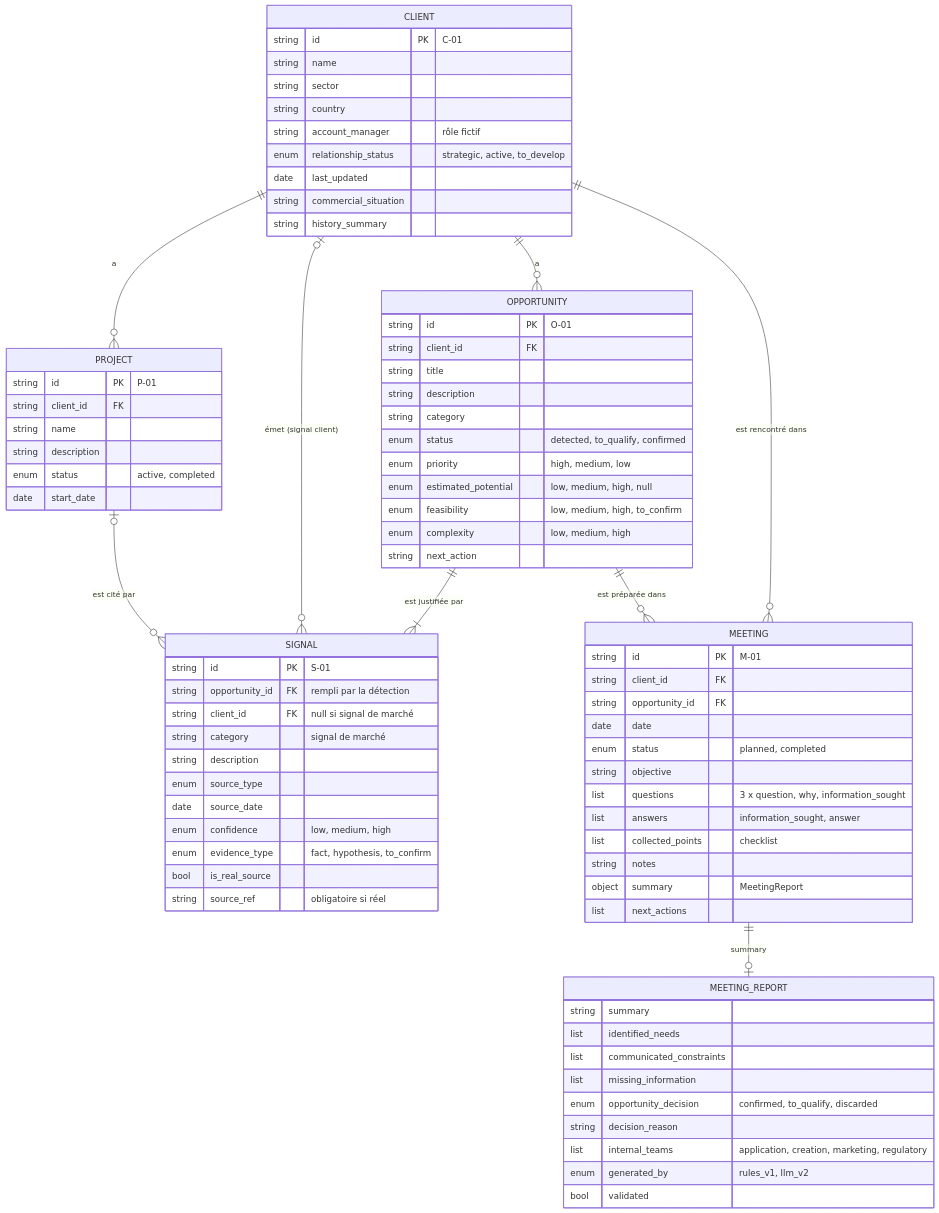
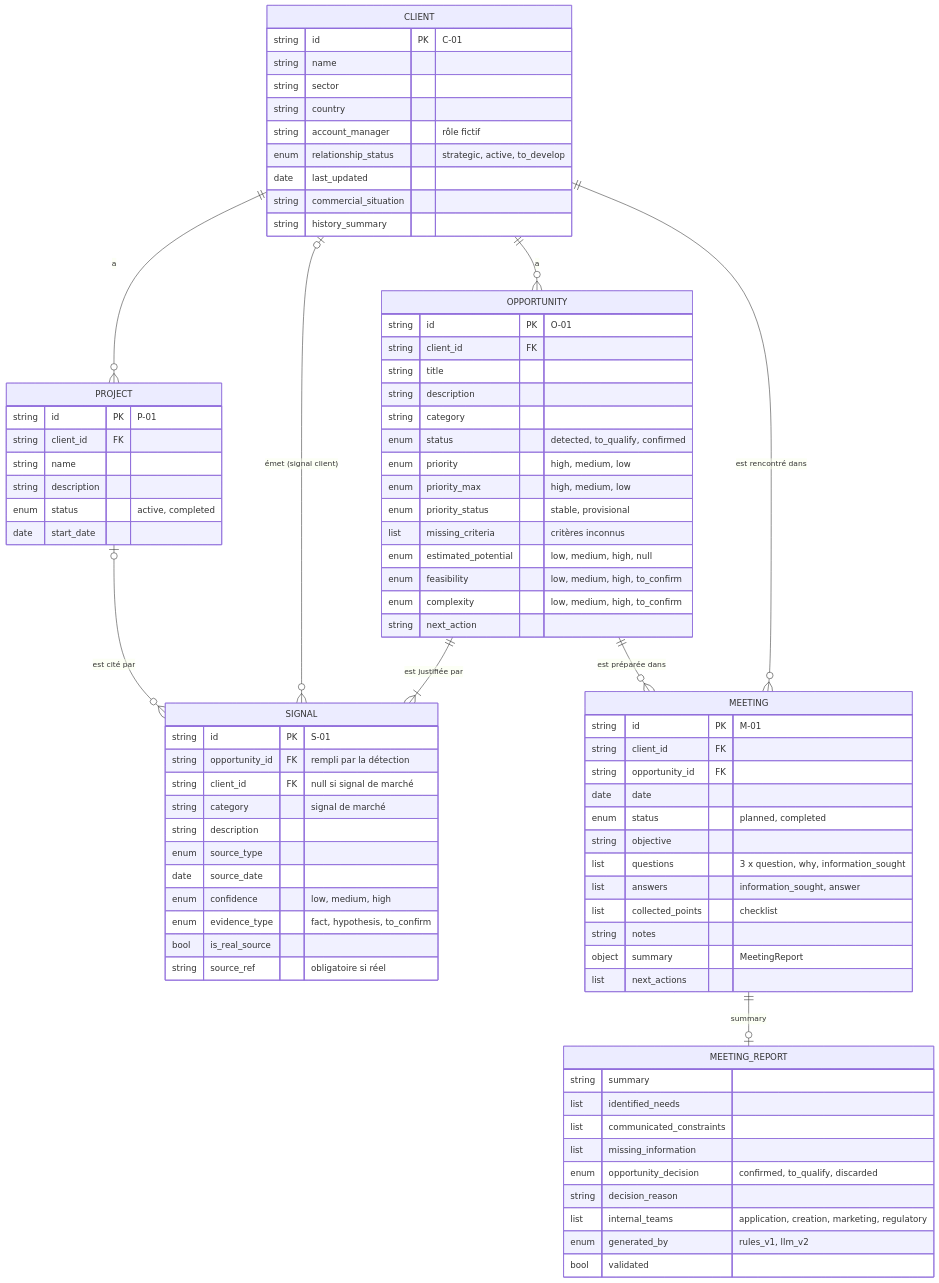
Before and after one commit to Hetic-Hackathon-Givaudan-2026-Kevin/Data_intelligence: the diagram in data/demo_v2/MODELE_DONNEES.md, drawn with Mermaid. The commit also changed other lines of this file and 9 other files, not shown here.

```diff
--- a/data/demo_v2/MODELE_DONNEES.md
+++ b/data/demo_v2/MODELE_DONNEES.md
@@ -252,9 +257,12 @@
         string category
         enum status "detected, to_qualify, confirmed"
         enum priority "high, medium, low"
+        enum priority_max "high, medium, low"
+        enum priority_status "stable, provisional"
+        list missing_criteria "critères inconnus"
         enum estimated_potential "low, medium, high, null"
         enum feasibility "low, medium, high, to_confirm"
-        enum complexity "low, medium, high"
+        enum complexity "low, medium, high, to_confirm"
         string next_action
     }
     SIGNAL {
```
